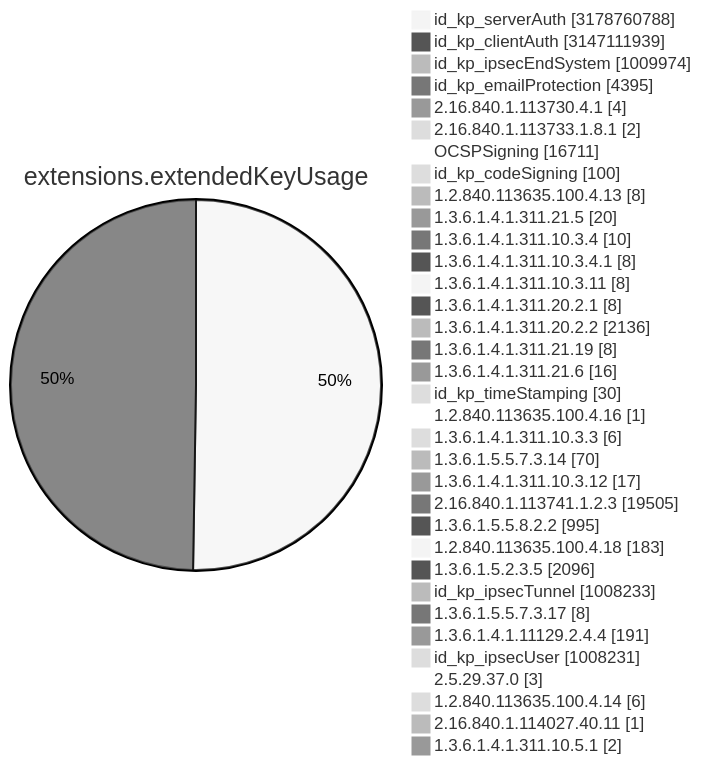
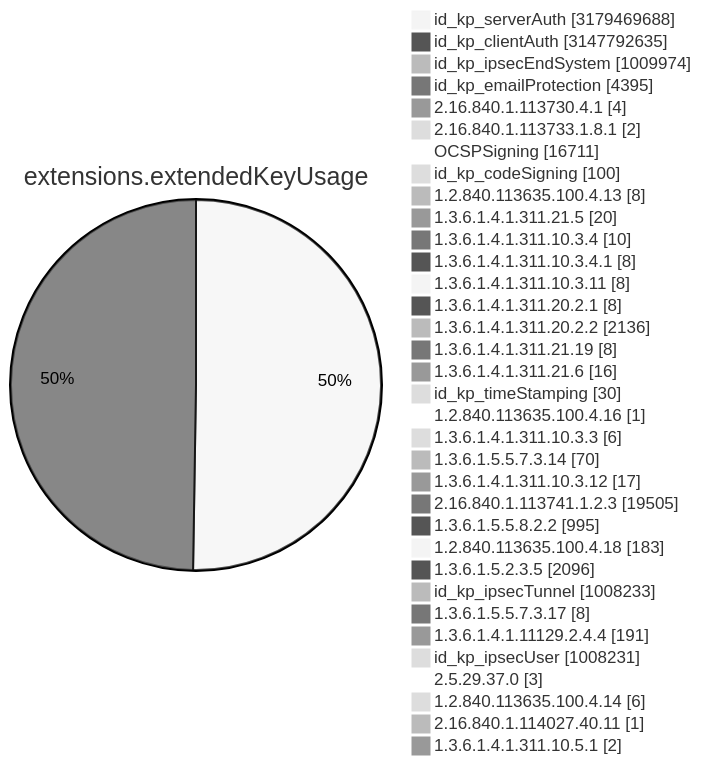
One commit to christiankrug/ctmonitor_visualization changed diagram 11 of 15 in TOTAL/README.md. Above: the diagram before and after it, drawn with Mermaid (neutral theme). The commit also changed other lines of this file, not shown here.

````diff
--- a/TOTAL/README.md
+++ b/TOTAL/README.md
@@ -4119,38 +4119,38 @@
 ```mermaid
 pie showData
 title extensions.extendedKeyUsage
-"id_kp_serverAuth" :3178760788
-"id_kp_clientAuth" :3147111939
+"id_kp_serverAuth" :3179469688
+"id_kp_clientAuth" :3147792635
 "id_kp_ipsecEndSystem" :1009974
 "id_kp_emailProtection" :4395
 "2.16.840.1.113730.4.1" :4
 "2.16.840.1.113733.1.8.1" :2
 "OCSPSigning" :16711
 "id_kp_codeSigning" :100
 "1.2.840.113635.100.4.13" :8
 "1.3.6.1.4.1.311.21.5" :20
 "1.3.6.1.4.1.311.10.3.4" :10
 "1.3.6.1.4.1.311.10.3.4.1" :8
 "1.3.6.1.4.1.311.10.3.11" :8
 "1.3.6.1.4.1.311.20.2.1" :8
 "1.3.6.1.4.1.311.20.2.2" :2136
 "1.3.6.1.4.1.311.21.19" :8
 "1.3.6.1.4.1.311.21.6" :16
 "id_kp_timeStamping" :30
 "1.2.840.113635.100.4.16" :1
 "1.3.6.1.4.1.311.10.3.3" :6
 "1.3.6.1.5.5.7.3.14" :70
 "1.3.6.1.4.1.311.10.3.12" :17
 "2.16.840.1.113741.1.2.3" :19505
 "1.3.6.1.5.5.8.2.2" :995
 "1.2.840.113635.100.4.18" :183
 "1.3.6.1.5.2.3.5" :2096
 "id_kp_ipsecTunnel" :1008233
 "1.3.6.1.5.5.7.3.17" :8
 "1.3.6.1.4.1.11129.2.4.4" :191
 "id_kp_ipsecUser" :1008231
 "2.5.29.37.0" :3
 "1.2.840.113635.100.4.14" :6
 "2.16.840.1.114027.40.11" :1
 "1.3.6.1.4.1.311.10.5.1" :2
 ```
````
